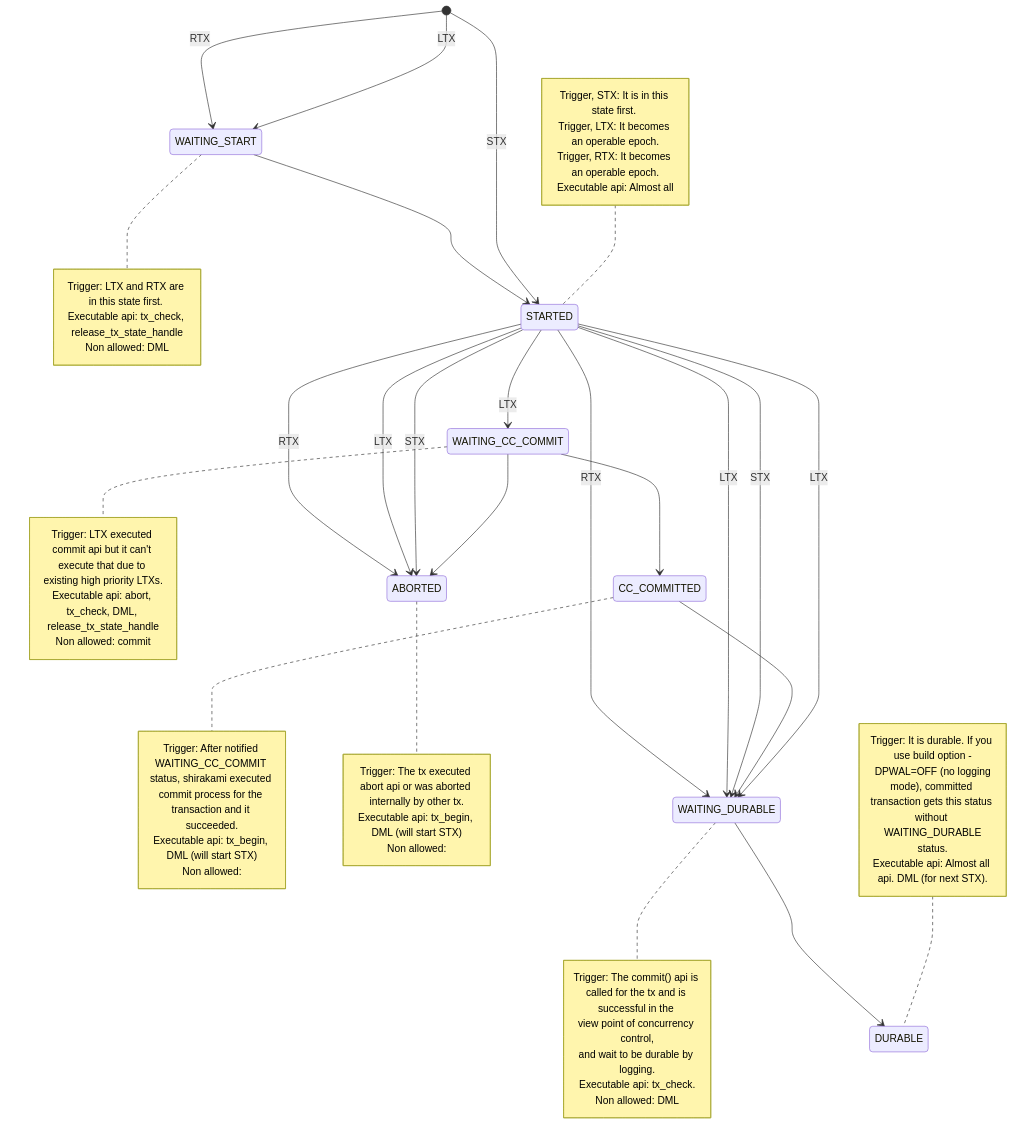
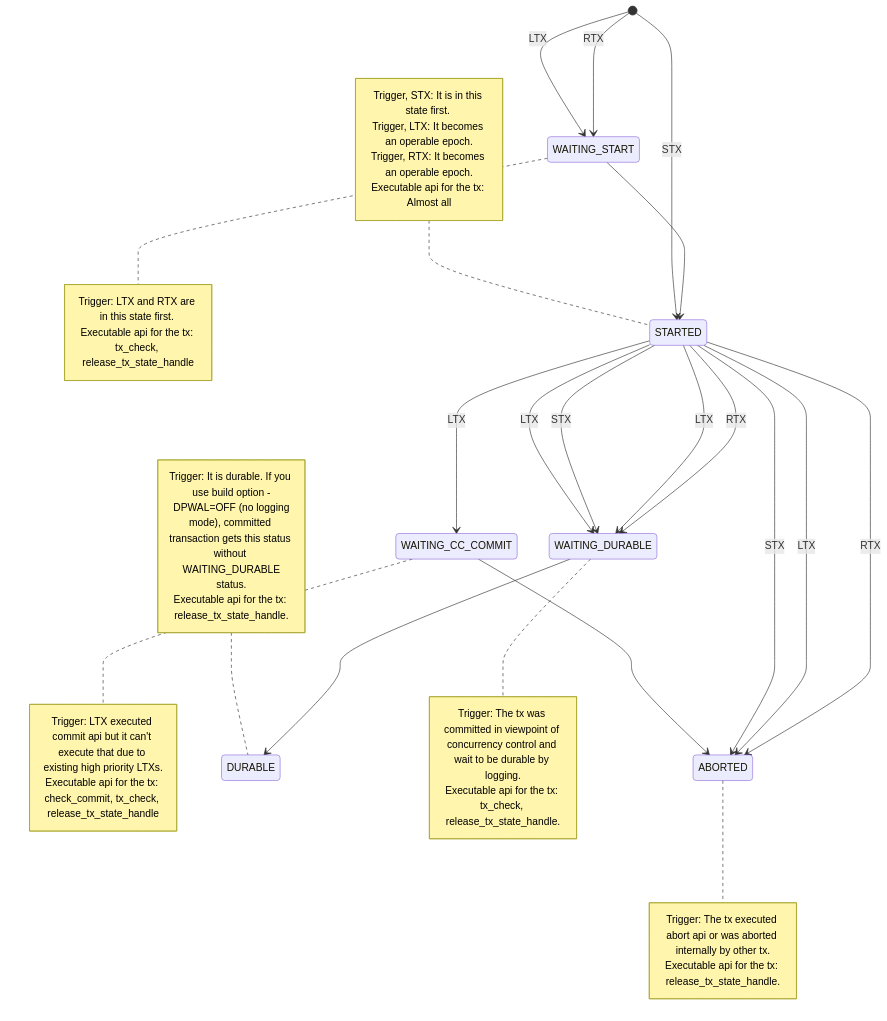
One commit to project-tsurugi/shirakami changed the diagram in docs/transaction_state.md. Above: the diagram before and after it, drawn with Mermaid. The commit also changed other lines of this file and 1 other file, not shown here.

Commit message:
update transaction state document and remove CC_COMMITTED status

````diff
--- a/docs/transaction_state.md
+++ b/docs/transaction_state.md
@@ -9,68 +6,54 @@
 ```mermaid
 stateDiagram-v2
     WAITING_START
     note right of WAITING_START
         Trigger: LTX and RTX are in this state first. 
-        Executable api: tx_check, release_tx_state_handle
-        Non allowed: DML
+        Executable api for the tx: tx_check, release_tx_state_handle
     end note
     STARTED
     note left of STARTED
         Trigger, STX: It is in this state first. 
         Trigger, LTX: It becomes an operable epoch.
         Trigger, RTX: It becomes an operable epoch.
-        Executable api: Almost all
+        Executable api for the tx: Almost all
     end note
     WAITING_CC_COMMIT
     note right of WAITING_CC_COMMIT
         Trigger: LTX executed commit api but it can't execute that due to 
         existing high priority LTXs.
-        Executable api: abort, tx_check, DML, release_tx_state_handle
-        Non allowed: commit
-    end note
-    CC_COMMITTED
-    note right of CC_COMMITTED
-        Trigger: After notified WAITING_CC_COMMIT status, shirakami executed 
-        commit process for the transaction and it succeeded.
-        Executable api: tx_begin, DML (will start STX)
-        Non allowed:
+        Executable api for the tx: check_commit, tx_check, release_tx_state_handle
     end note
     ABORTED
     note right of ABORTED
         Trigger: The tx executed abort api or was aborted internally by other tx.
-        Executable api: tx_begin, DML (will start STX)
-        Non allowed:
+        Executable api for the tx: release_tx_state_handle.
     end note
     WAITING_DURABLE
     note right of WAITING_DURABLE
-        Trigger: The commit() api is called for the tx and is successful in the 
-        view point of concurrency control,
-        and wait to be durable by logging.
-        Executable api: tx_check.
-        Non allowed: DML
+        Trigger: The tx was committed in viewpoint of concurrency control and 
+        wait to be durable by logging.
+        Executable api for the tx: tx_check, release_tx_state_handle.
     end note
     DURABLE
     note left of DURABLE
         Trigger: It is durable. If you use build option -DPWAL=OFF (no logging
         mode), committed transaction gets this status without WAITING_DURABLE
         status.
-        Executable api: Almost all api. DML (for next STX).
+        Executable api for the tx: release_tx_state_handle.
     end note
 
     [*] --> STARTED: STX
     [*] --> WAITING_START: LTX
     [*] --> WAITING_START: RTX
     WAITING_START --> STARTED
     STARTED --> WAITING_DURABLE: LTX
     STARTED --> WAITING_CC_COMMIT: LTX
-    WAITING_CC_COMMIT --> CC_COMMITTED
     WAITING_CC_COMMIT --> ABORTED
-    CC_COMMITTED --> WAITING_DURABLE
     STARTED --> WAITING_DURABLE: STX
     STARTED --> WAITING_DURABLE: LTX
     STARTED --> WAITING_DURABLE: RTX
     STARTED --> ABORTED: STX
     STARTED --> ABORTED: LTX
     STARTED --> ABORTED: RTX
     WAITING_DURABLE --> DURABLE
 ```
````
